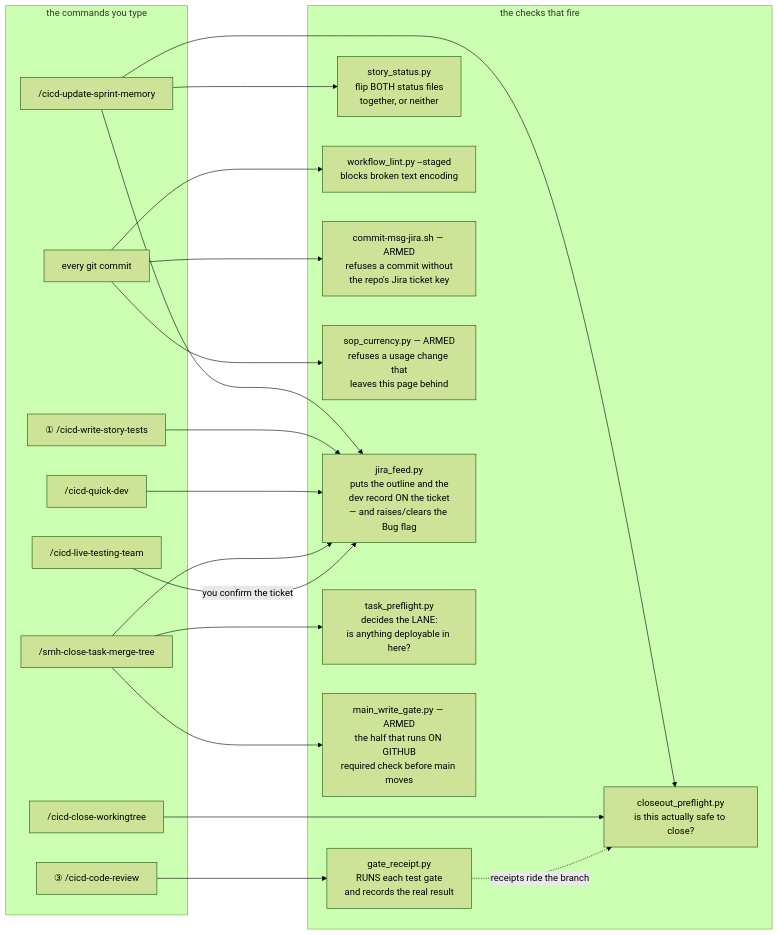
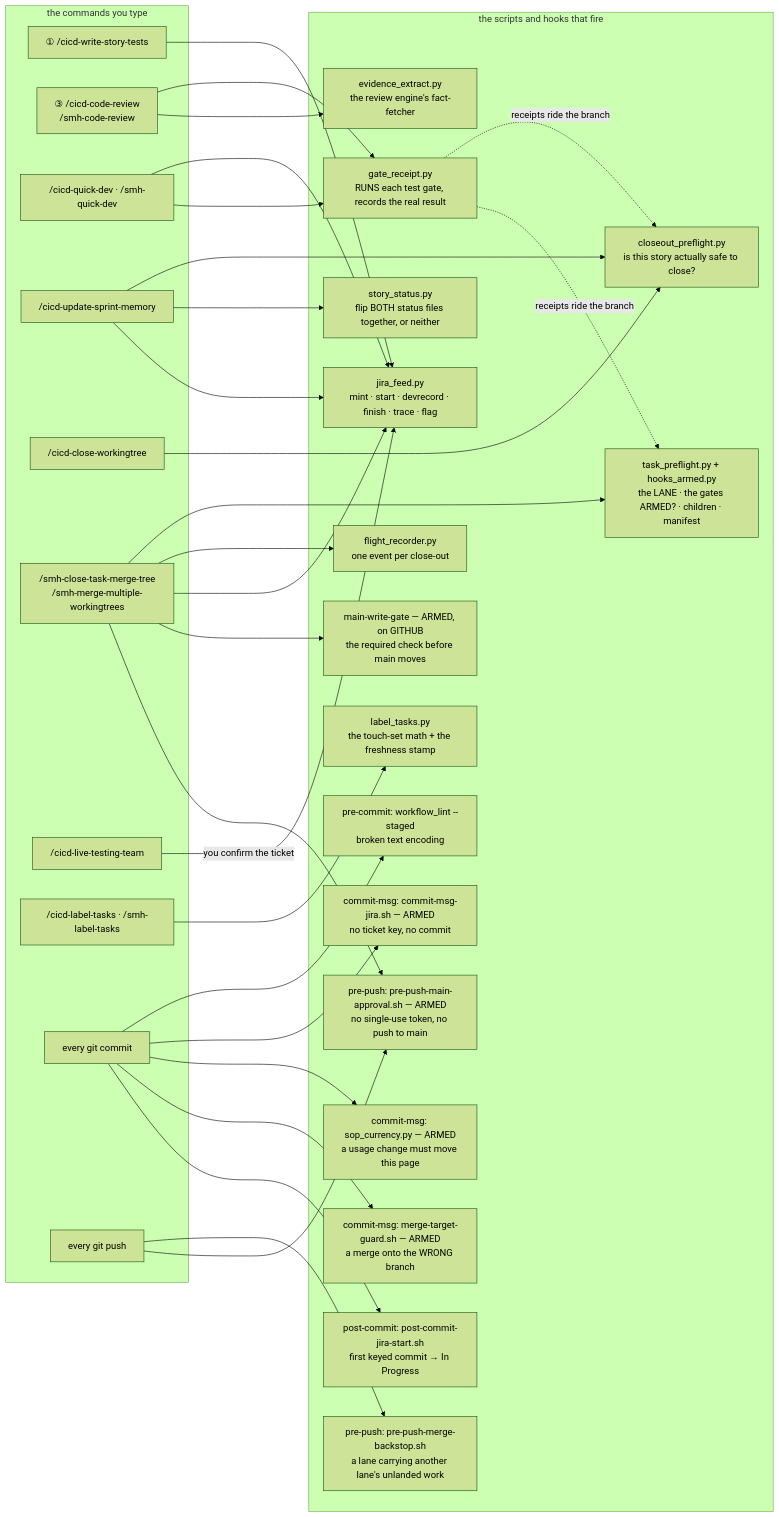
Before and after one commit to sudomadhatter/Sudo_Hatter_Command: the eighth of 43 diagrams in docs/_scc_sops_prds/workflows_testing_SOP.md, drawn with Mermaid (forest theme). The commit also changed other lines of this file and 4 other files, not shown here.

````diff
--- a/docs/_scc_sops_prds/workflows_testing_SOP.md
+++ b/docs/_scc_sops_prds/workflows_testing_SOP.md
@@ -1378,39 +1202,58 @@
 ```mermaid
 flowchart LR
     subgraph CMD ["the commands you type"]
-        R["③ /cicd-code-review"]
+        S["① /cicd-write-story-tests"]
+        R["③ /cicd-code-review\n/smh-code-review"]
+        Q["/cicd-quick-dev · /smh-quick-dev"]
         M["/cicd-update-sprint-memory"]
         W["/cicd-close-workingtree"]
-        S["① /cicd-write-story-tests"]
-        Q["/cicd-quick-dev"]
-        T["/smh-close-task-merge-tree"]
+        T["/smh-close-task-merge-tree\n/smh-merge-multiple-workingtrees"]
         L["/cicd-live-testing-team"]
+        LB["/cicd-label-tasks · /smh-label-tasks"]
         G["every git commit"]
+        P["every git push"]
     end
-    subgraph CHK ["the checks that fire"]
-        GR["gate_receipt.py\nRUNS each test gate\nand records the real result"]
-        CP["closeout_preflight.py\nis this actually safe to close?"]
-        SS["story_status.py\nflip BOTH status files\ntogether, or neither"]
-        WL["workflow_lint.py --staged\nblocks broken text encoding"]
-        JH["commit-msg-jira.sh — ARMED\nrefuses a commit without\nthe repo's Jira ticket key"]
-        SC["sop_currency.py — ARMED\nrefuses a usage change that\nleaves this page behind"]
-        JF["jira_feed.py\nputs the outline and the\ndev record ON the ticket\n— and raises/clears the Bug flag"]
-        TP["task_preflight.py\ndecides the LANE:\nis anything deployable in here?"]
-        MW["main_write_gate.py — ARMED\nthe half that runs ON GITHUB\nrequired check before main moves"]
+    subgraph CHK ["the scripts and hooks that fire"]
+        GR["gate_receipt.py\nRUNS each test gate, records the real result"]
+        CP["closeout_preflight.py\nis this story actually safe to close?"]
+        SS["story_status.py\nflip BOTH status files together, or neither"]
+        JF["jira_feed.py\nmint · start · devrecord · finish · trace · flag"]
+        TP["task_preflight.py + hooks_armed.py\nthe LANE · the gates ARMED? · children · manifest"]
+        FR["flight_recorder.py\none event per close-out"]
+        LTS["label_tasks.py\nthe touch-set math + the freshness stamp"]
+        EV["evidence_extract.py\nthe review engine's fact-fetcher"]
+        WL["pre-commit: workflow_lint --staged\nbroken text encoding"]
+        JH["commit-msg: commit-msg-jira.sh — ARMED\nno ticket key, no commit"]
+        SC["commit-msg: sop_currency.py — ARMED\na usage change must move this page"]
+        MT["commit-msg: merge-target-guard.sh — ARMED\na merge onto the WRONG branch"]
+        PJ["post-commit: post-commit-jira-start.sh\nfirst keyed commit → In Progress"]
+        BS["pre-push: pre-push-merge-backstop.sh\na lane carrying another lane's unlanded work"]
+        PA["pre-push: pre-push-main-approval.sh — ARMED\nno single-use token, no push to main"]
+        MW["main-write-gate — ARMED, on GITHUB\nthe required check before main moves"]
     end
+    S --> JF
     R --> GR
+    R --> EV
+    Q --> JF
+    Q --> GR
     M --> CP
     M --> SS
     M --> JF
-    S --> JF
-    Q --> JF
+    W --> CP
     T --> TP
+    T --> FR
+    T --> JF
     T --> MW
-    T --> JF
+    T --> PA
     L -->|"you confirm the ticket"| JF
-    W --> CP
+    LB --> LTS
     G --> WL
     G --> JH
     G --> SC
+    G --> MT
+    G --> PJ
+    P --> BS
+    P --> PA
     GR -.->|"receipts ride the branch"| CP
+    GR -.->|"receipts ride the branch"| TP
 ```
````
